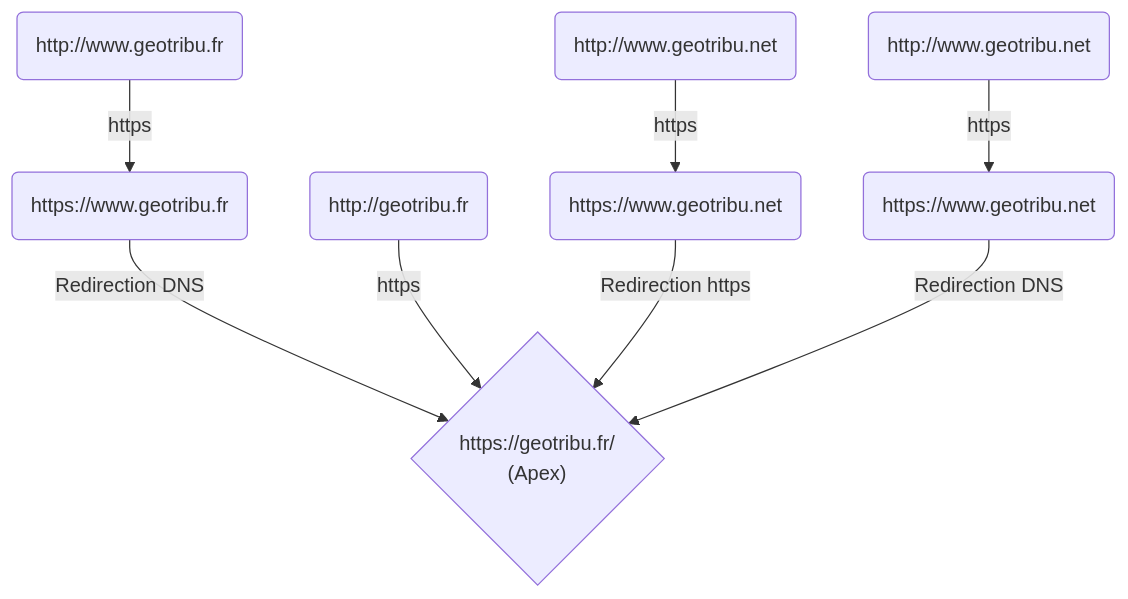
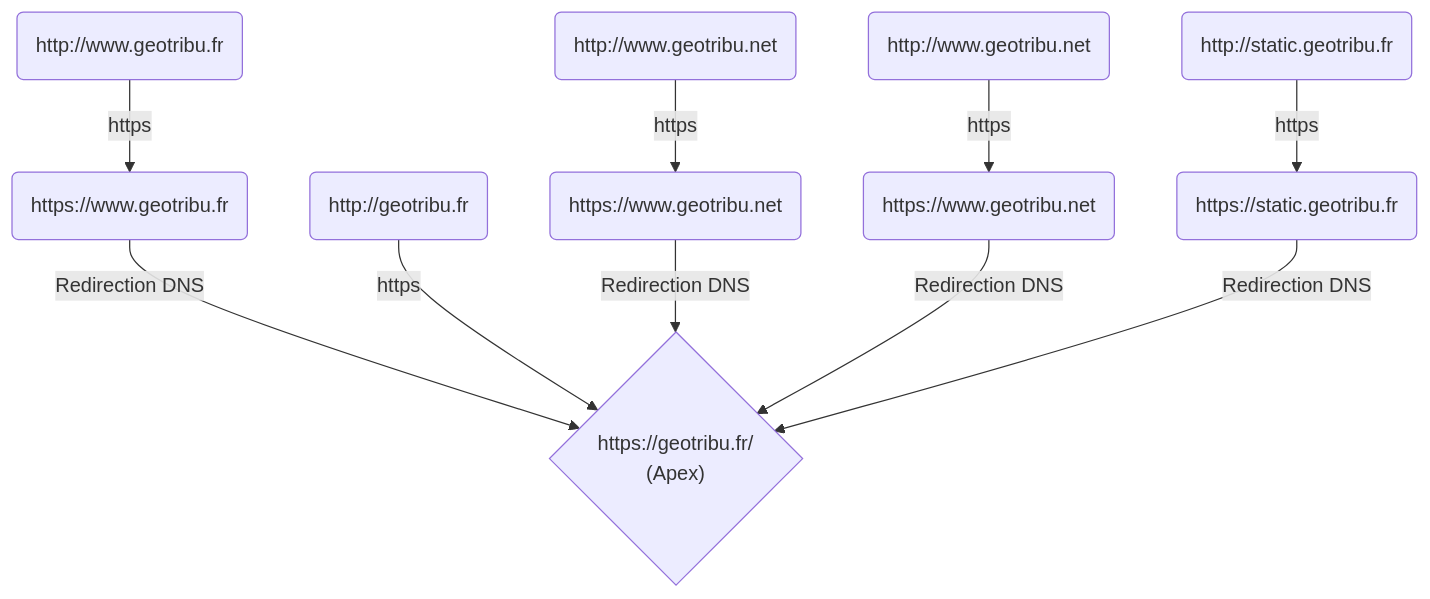
One commit to geotribu/website changed the diagram in content/articles/2023/2023-05-04_annonce-changement-url-site-geotribu.md. Above: the diagram before and after it, drawn with Mermaid. The commit also changed other lines of this file, not shown here.

````diff
--- a/content/articles/2023/2023-05-04_annonce-changement-url-site-geotribu.md
+++ b/content/articles/2023/2023-05-04_annonce-changement-url-site-geotribu.md
@@ -44,11 +44,13 @@
 ```mermaid
 flowchart TB
     A(http://www.geotribu.fr) -->|https| B
     B(https://www.geotribu.fr) -->|Redirection DNS| U
     C(http://geotribu.fr) -->|https| U
     D(http://www.geotribu.net) -->|https| E
-    E(https://www.geotribu.net) -->|Redirection https| U
+    E(https://www.geotribu.net) -->|Redirection DNS| U
     F(http://www.geotribu.net) -->|https| G
     G(https://www.geotribu.net) -->|Redirection DNS| U
+    H(http://static.geotribu.fr) -->|https| I
+    I(https://static.geotribu.fr) -->|Redirection DNS| U
     U{"https://geotribu.fr/ <br /> (Apex)"}
 ```
````
